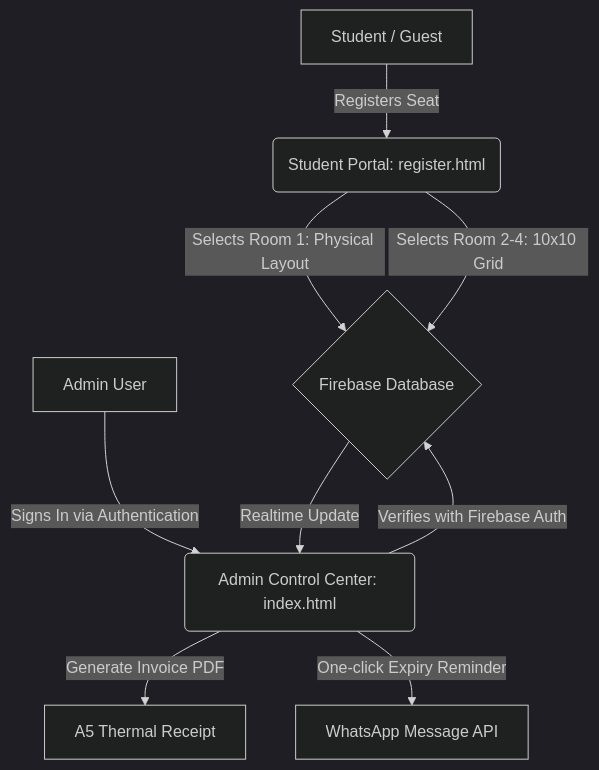
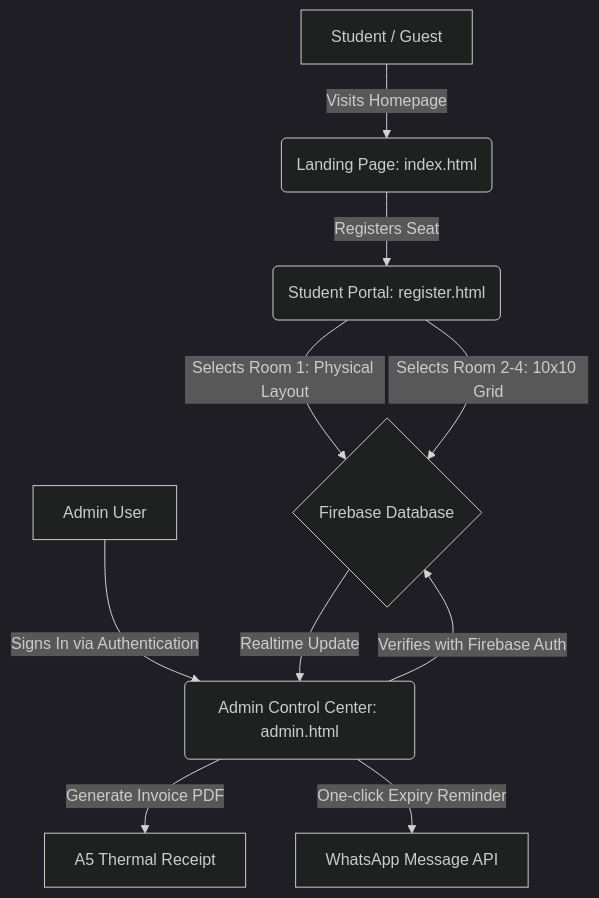
Before and after one commit to sachinmandawi/Library: the diagram in README.md, drawn with Mermaid (dark theme). The commit also changed other lines of this file and 5 other files, not shown here.

Commit message:
Create premium public landing page as index.html, move admin dashboard to admin.html, update app.js and README.md links

````diff
--- a/README.md
+++ b/README.md
@@ -42,13 +43,14 @@
 ```mermaid
 graph TD
-    A[Student / Guest] -->|Registers Seat| B(Student Portal: register.html)
+    A[Student / Guest] -->|Visits Homepage| H(Landing Page: index.html)
+    H -->|Registers Seat| B(Student Portal: register.html)
     B -->|Selects Room 1: Physical Layout| C{Firebase Database}
     B -->|Selects Room 2-4: 10x10 Grid| C
     
-    D[Admin User] -->|Signs In via Authentication| E(Admin Control Center: index.html)
+    D[Admin User] -->|Signs In via Authentication| E(Admin Control Center: admin.html)
     E -->|Verifies with Firebase Auth| C
     
     C -->|Realtime Update| E
     E -->|Generate Invoice PDF| F[A5 Thermal Receipt]
     E -->|One-click Expiry Reminder| G[WhatsApp Message API]
 ```
````
